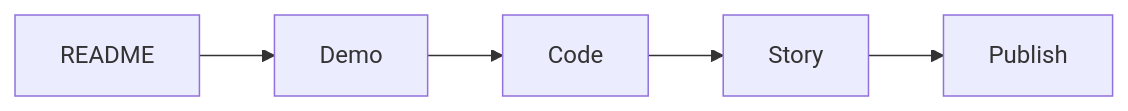
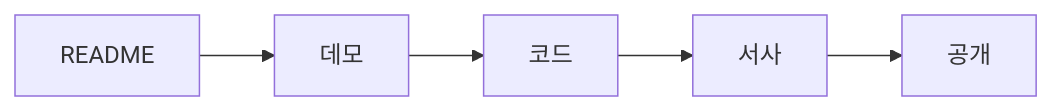
One commit to yeongseon-books/book-content changed the diagram in content/portfolio-project-101/ko/10-portfolio-improvement-checklist.md. Above: the diagram before and after it, drawn with Mermaid. The commit also changed other lines of this file and 4 other files, not shown here.

````diff
--- a/content/portfolio-project-101/ko/10-portfolio-improvement-checklist.md
+++ b/content/portfolio-project-101/ko/10-portfolio-improvement-checklist.md
@@ -33,7 +48,7 @@
 ```mermaid
 flowchart LR
-    R[README] --> D[Demo]
-    D --> C[Code]
-    C --> S[Story]
-    S --> P[Publish]
+    R[README] --> D[데모]
+    D --> C[코드]
+    C --> S[서사]
+    S --> P[공개]
 ```
````
